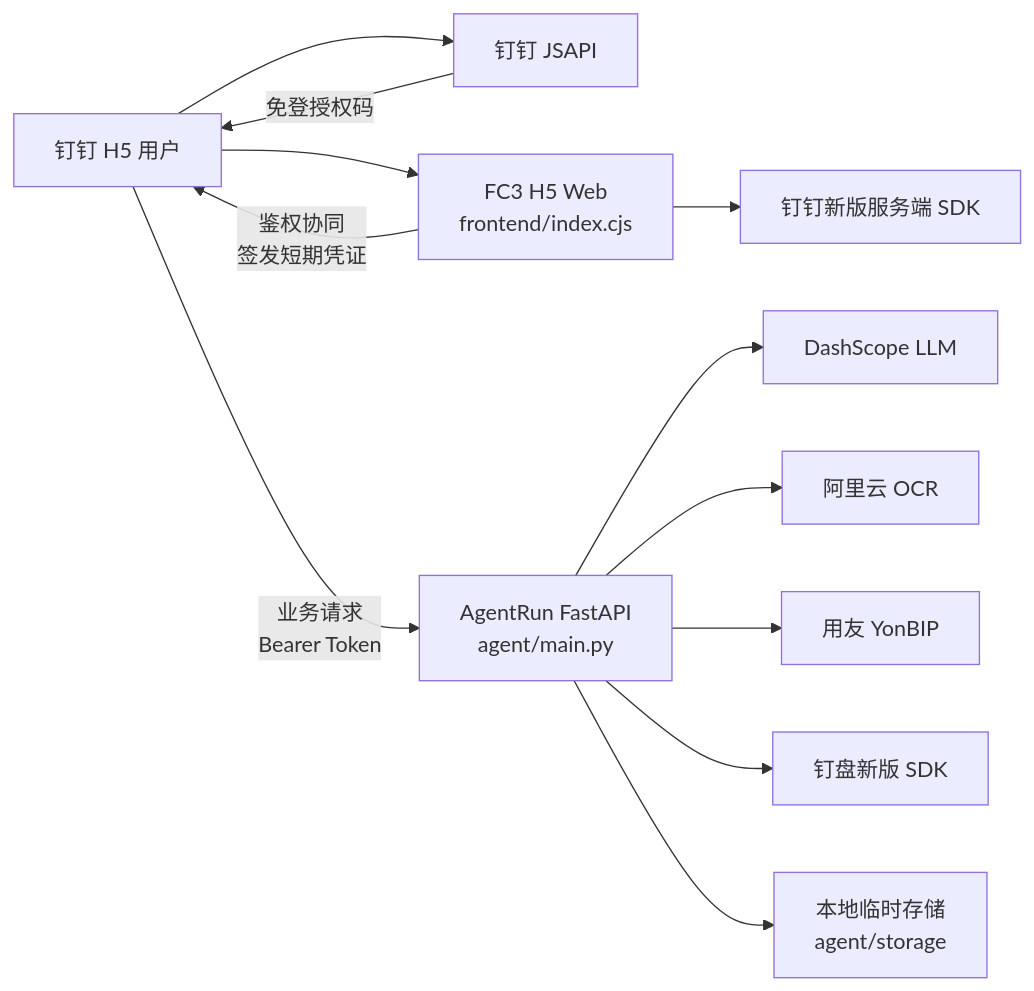
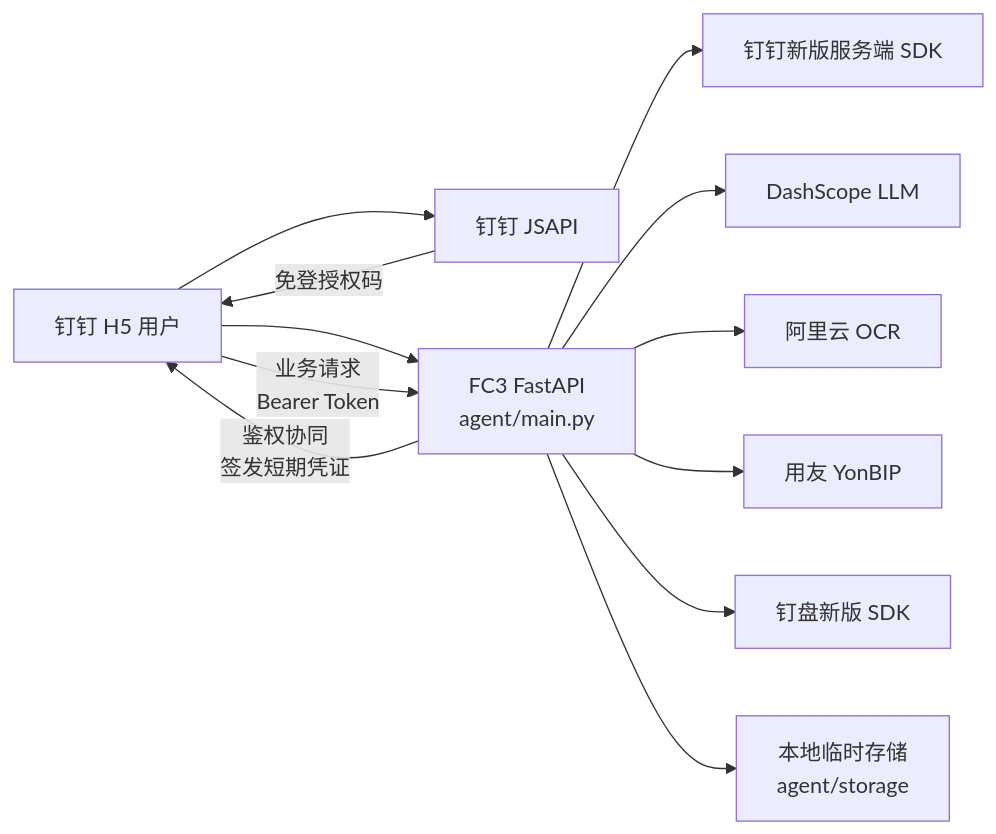
One commit to yuqingyang3019-cyber/hetong changed the first of 5 diagrams in SPEC/ARCHITECTURE.md. Above: the diagram before and after it, drawn with Mermaid. The commit also changed other lines of this file and 16 other files, not shown here.

````diff
--- a/SPEC/ARCHITECTURE.md
+++ b/SPEC/ARCHITECTURE.md
@@ -36,14 +35,14 @@
 ```mermaid
 flowchart LR
   user["钉钉 H5 用户"] --> jsapi["钉钉 JSAPI"]
-  user --> h5["FC3 H5 Web\nfrontend/index.cjs"]
-  h5 -->|"鉴权协同\n签发短期凭证"| user
-  h5 --> dingtalk["钉钉新版服务端 SDK"]
-  user -->|"业务请求\nBearer Token"| agent["AgentRun FastAPI\nagent/main.py"]
+  user --> app["FC3 FastAPI\nagent/main.py"]
+  app -->|"鉴权协同\n签发短期凭证"| user
+  app --> dingtalk["钉钉新版服务端 SDK"]
+  user -->|"业务请求\nBearer Token"| app
   jsapi -->|"免登授权码"| user
-  agent --> dashscope["DashScope LLM"]
-  agent --> aliyunOcr["阿里云 OCR"]
-  agent --> yonbip["用友 YonBIP"]
-  agent --> dingdrive["钉盘新版 SDK"]
-  agent --> localStorage["本地临时存储\nagent/storage"]
+  app --> dashscope["DashScope LLM"]
+  app --> aliyunOcr["阿里云 OCR"]
+  app --> yonbip["用友 YonBIP"]
+  app --> dingdrive["钉盘新版 SDK"]
+  app --> localStorage["本地临时存储\nagent/storage"]
 ```
````
